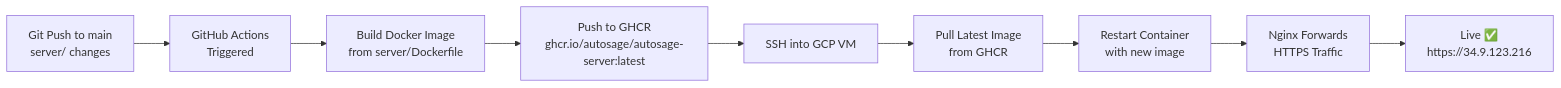
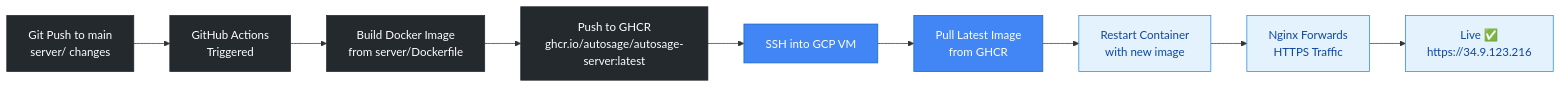
One commit to Lagnajit09/autosage changed the second of 3 diagrams in architecture/server.architecture.md. Above: the diagram before and after it, drawn with Mermaid. The commit also changed other lines of this file and 3 other files, not shown here.

Commit message:
updt: architecture diagrams

````diff
--- a/architecture/server.architecture.md
+++ b/architecture/server.architecture.md
@@ -36,12 +40,15 @@
 ```mermaid
 flowchart LR
-    A[Git Push to main\nserver/ changes] --> B[GitHub Actions\nTriggered]
-    B --> C[Build Docker Image\nfrom server/Dockerfile]
-    C --> D[Push to GHCR\nghcr.io/autosage/autosage-server:latest]
-    D --> E[SSH into GCP VM]
-    E --> F[Pull Latest Image\nfrom GHCR]
-    F --> G[Restart Container\nwith new image]
-    G --> H[Nginx Forwards\nHTTPS Traffic]
-    H --> I[Live ✅\nhttps://34.9.123.216]
+    classDef github fill:#24292e,stroke:#24292e,color:#fff
+    classDef gcp fill:#4285f4,stroke:#1565c0,color:#fff
+    classDef server fill:#e3f2fd,stroke:#1e88e5,color:#0d47a1
 
+    A[Git Push to main\nserver/ changes]:::github --> B[GitHub Actions\nTriggered]:::github
+    B --> C[Build Docker Image\nfrom server/Dockerfile]:::github
+    C --> D[Push to GHCR\nghcr.io/autosage/autosage-server:latest]:::github
+    D --> E[SSH into GCP VM]:::gcp
+    E --> F[Pull Latest Image\nfrom GHCR]:::gcp
+    F --> G[Restart Container\nwith new image]:::server
+    G --> H[Nginx Forwards\nHTTPS Traffic]:::server
+    H --> I[Live ✅\nhttps://34.9.123.216]:::server
 ```
````
